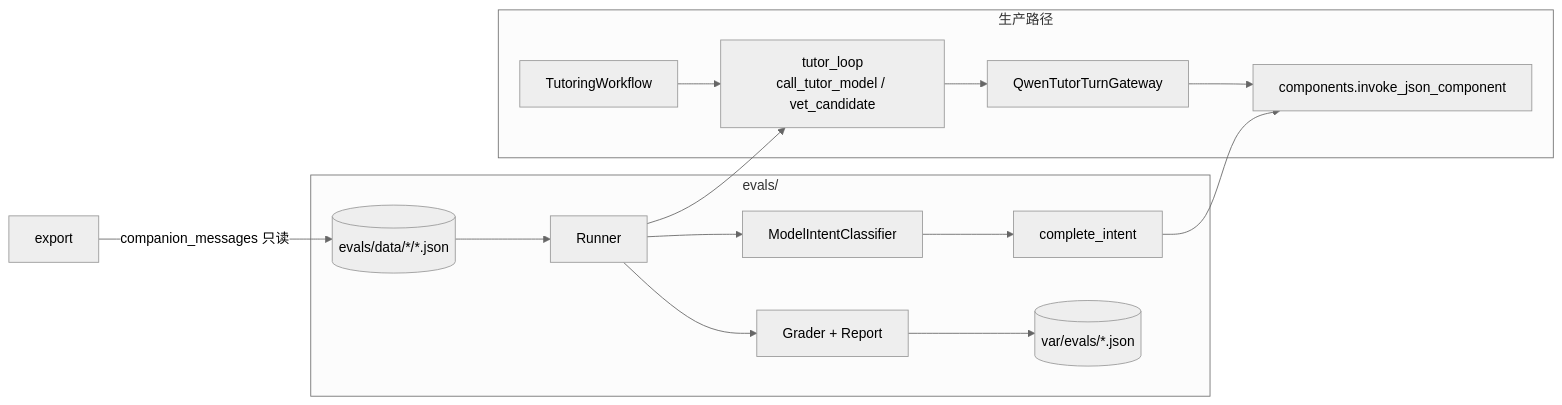
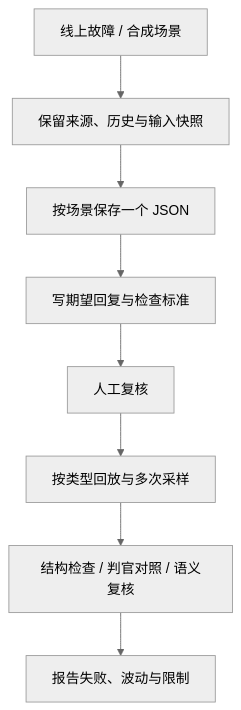
One commit to johanchow/duxue changed the first of 2 diagrams in docs/technical/eval-offline.md. Above: the diagram before and after it, drawn with Mermaid (neutral theme). The commit also changed other lines of this file and 29 other files, not shown here.

````diff
--- a/docs/technical/eval-offline.md
+++ b/docs/technical/eval-offline.md
@@ -44,18 +23,10 @@
 ```mermaid
-flowchart LR
-    subgraph Prod[生产路径]
-        W[TutoringWorkflow] --> L[tutor_loop<br/>call_tutor_model / vet_candidate]
-        L --> G[QwenTutorTurnGateway]
-        G --> C[components.invoke_json_component]
-    end
-    subgraph Eval[evals/]
-        R[Runner] --> L
-        R --> I[ModelIntentClassifier]
-        I --> C2[complete_intent]
-        C2 --> C
-        D[(evals/data/*/*.json)] --> R
-        R --> S[Grader + Report]
-        S --> O[(var/evals/*.json)]
-    end
-    X[export] -->|companion_messages 只读| D
+flowchart TD
+    A[线上故障 / 合成场景] --> B[保留来源、历史与输入快照]
+    B --> C[按场景保存一个 JSON]
+    C --> D[写期望回复与检查标准]
+    D --> E[人工复核]
+    E --> F[按类型回放与多次采样]
+    F --> G[结构检查 / 判官对照 / 语义复核]
+    G --> H[报告失败、波动与限制]
 ```
````
